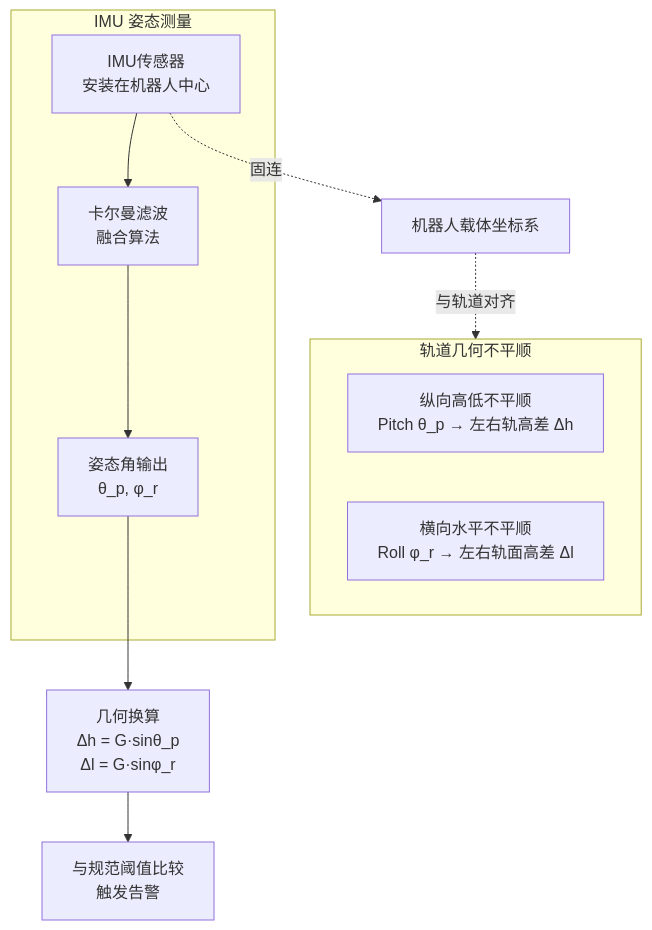
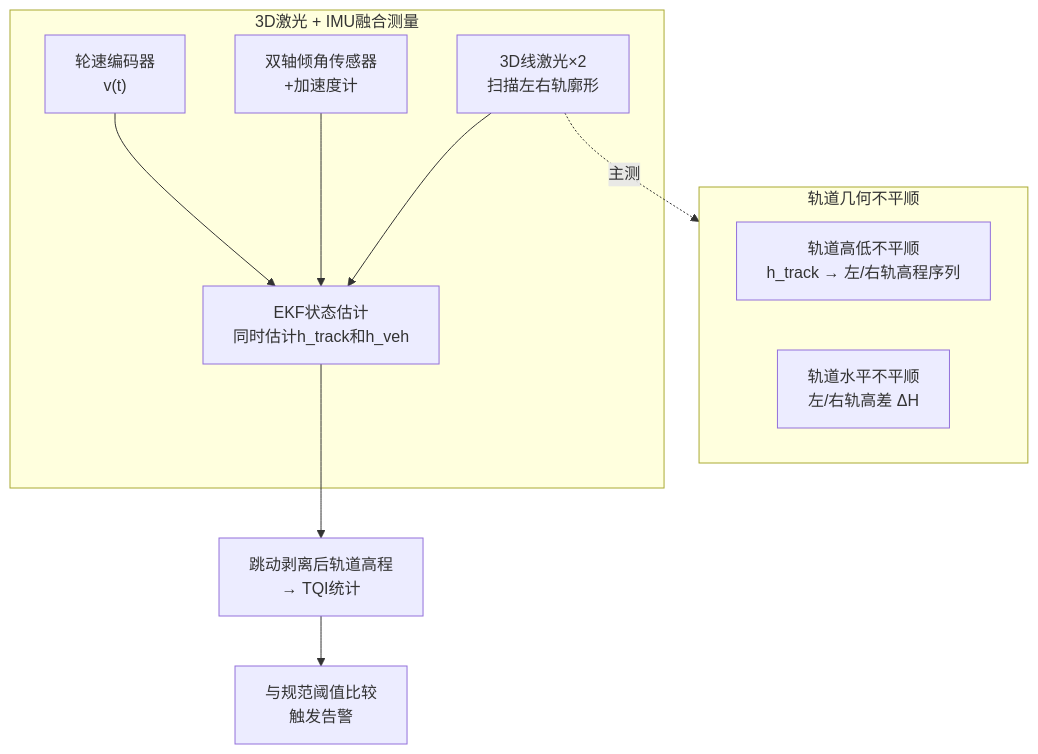
Before and after one commit to gao66683366-lab/workspace: the seventh of 11 diagrams in 铁路线路智能综合检测机器人/技术文档章节拆分_20260417_0116/铁路线路智能综合检测机器人_技术文档_V3.0_第04章_软件与AI算法架构_20260306_20260417_0116.md, drawn with Mermaid. The commit also changed other lines of this file, not shown here.

First line of the commit message:
fix(第4章): 替换轨道高低检测算法 — IMU积分法→3D激光+EKF融合法

````diff
--- a/铁路线路智能综合检测机器人/技术文档章节拆分_20260417_0116/铁路线路智能综合检测机器人_技术文档_V3.0_第04章_软件与AI算法架构_20260306_20260417_0116.md
+++ b/铁路线路智能综合检测机器人/技术文档章节拆分_20260417_0116/铁路线路智能综合检测机器人_技术文档_V3.0_第04章_软件与AI算法架构_20260306_20260417_0116.md
@@ -724,17 +724,17 @@
 ```mermaid
 graph TB
     subgraph 轨道几何["轨道几何不平顺"]
-        PITCH["纵向高低不平顺<br/>Pitch θ_p → 左右轨高差 Δh"]
-        ROLL["横向水平不平顺<br/>Roll φ_r → 左右轨面高差 Δl"]
+        HEIGHT["轨道高低不平顺<br/>h_track → 左/右轨高程序列"]
+        LEVEL["轨道水平不平顺<br/>左/右轨高差 ΔH"]
     end
 
-    subgraph 测量原理["IMU 姿态测量"]
-        IMU["IMU传感器<br/>安装在机器人中心"] --> KF["卡尔曼滤波<br/>融合算法"]
-        KF --> AP["姿态角输出<br/>θ_p, φ_r"]
+    subgraph 测量原理["3D激光 + IMU融合测量"]
+        LASER["3D线激光×2<br/>扫描左右轨廓形"] --> EKF["EKF状态估计<br/>同时估计h_track和h_veh"]
+        IMU["双轴倾角传感器<br/>+加速度计"] --> EKF
+        ODO["轮速编码器<br/>v(t)"] --> EKF
     end
 
-    IMU -. 固连 .-> ROBOT["机器人载体坐标系"]
-    ROBOT -. 与轨道对齐 .-> 轨道几何
-    AP --> CONV["几何换算<br/>Δh = G·sinθ_p<br/>Δl = G·sinφ_r"]
+    LASER -. 主测 .-> 轨道几何
+    EKF --> CONV["跳动剥离后轨道高程<br/>→ TQI统计"]
     CONV --> JUD["与规范阈值比较<br/>触发告警"]
 ```
````
